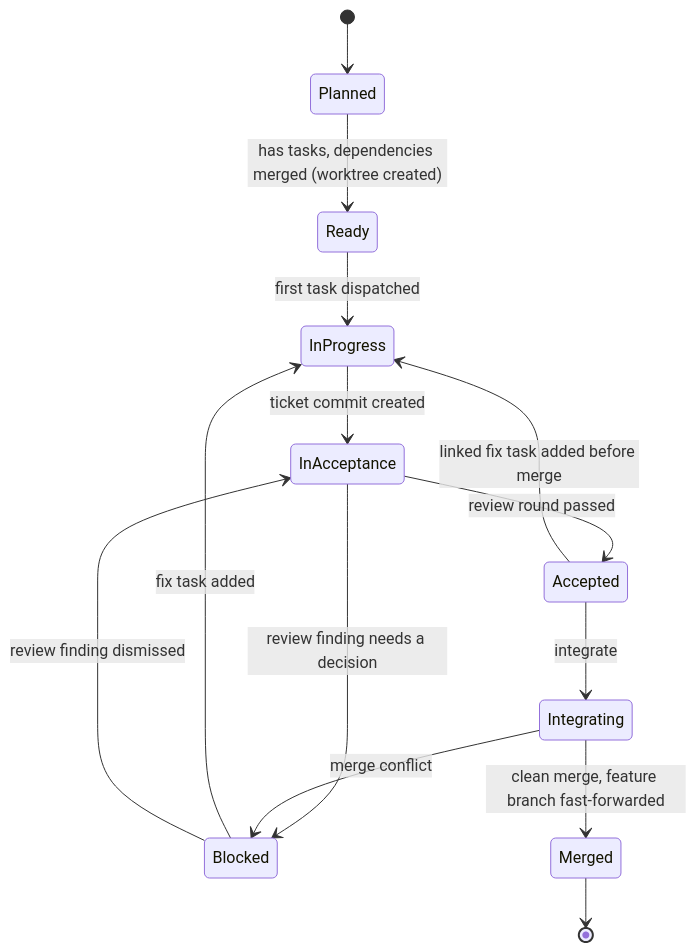
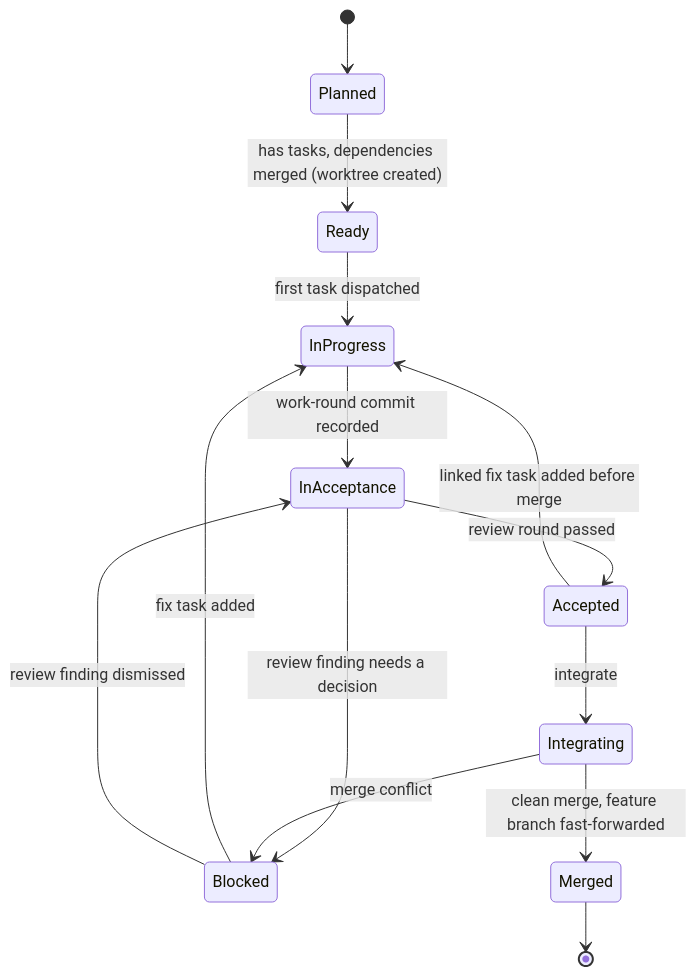
One commit to UseTheFork/spindle changed the fifth of 7 diagrams in SDD-WORKFLOWS.md. Above: the diagram before and after it, drawn with Mermaid. The commit also changed other lines of this file, not shown here.

Commit message:
feat: clarify commit handling and workflow processes in SDD documentation

````diff
--- a/SDD-WORKFLOWS.md
+++ b/SDD-WORKFLOWS.md
@@ -348,16 +349,16 @@
 ```mermaid
 stateDiagram-v2
     [*] --> Planned
     Planned --> Ready: has tasks, dependencies merged (worktree created)
     Ready --> InProgress: first task dispatched
-    InProgress --> InAcceptance: ticket commit created
+    InProgress --> InAcceptance: work-round commit recorded
     InAcceptance --> Accepted: review round passed
     InAcceptance --> Blocked: review finding needs a decision
     Accepted --> Integrating: integrate
     Accepted --> InProgress: linked fix task added before merge
     Integrating --> Merged: clean merge, feature branch fast-forwarded
     Integrating --> Blocked: merge conflict
     Blocked --> InProgress: fix task added
     Blocked --> InAcceptance: review finding dismissed
     Merged --> [*]
 ```
````
